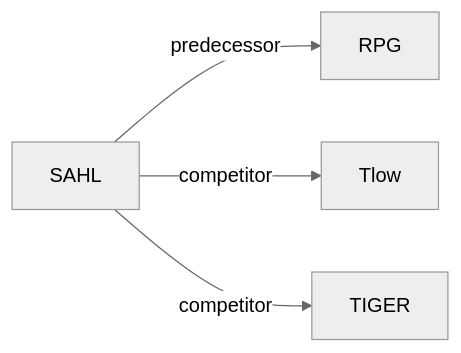
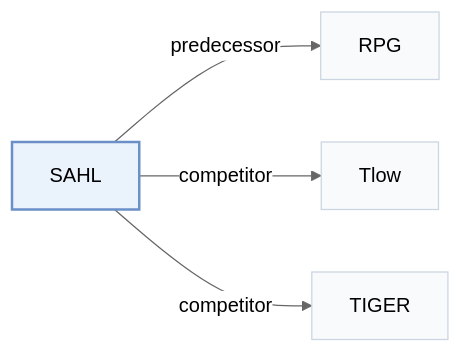
The second of 2 diagrams in pages/papers/sahl.md (Galaxy-ghost/Awesome-SID-Generative-Rec), drawn with Mermaid (neutral theme) before and after one commit. The commit also changed other lines of this file and 649 other files, not shown here.

Commit message:
writer-05: also tags and modality index (schema, check, build, visuals); summary field removed; calibration data for 12 papers

````diff
--- a/pages/papers/sahl.md
+++ b/pages/papers/sahl.md
@@ -68,7 +74,11 @@
 ```mermaid
 flowchart LR
     P["SAHL"]
-    P -->|predecessor| A["RPG"]
-    P -->|competitor| B["Tlow"]
-    P -->|competitor| C["TIGER"]
+    P -->|"predecessor"| A["RPG"]
+    P -->|"competitor"| B["Tlow"]
+    P -->|"competitor"| C["TIGER"]
+    classDef main fill:#eaf2fb,stroke:#6b8fc7,stroke-width:2px
+    classDef peer fill:#f8fafc,stroke:#cbd5e1
+    class P main
+    class A,B,C peer
 ```
````
